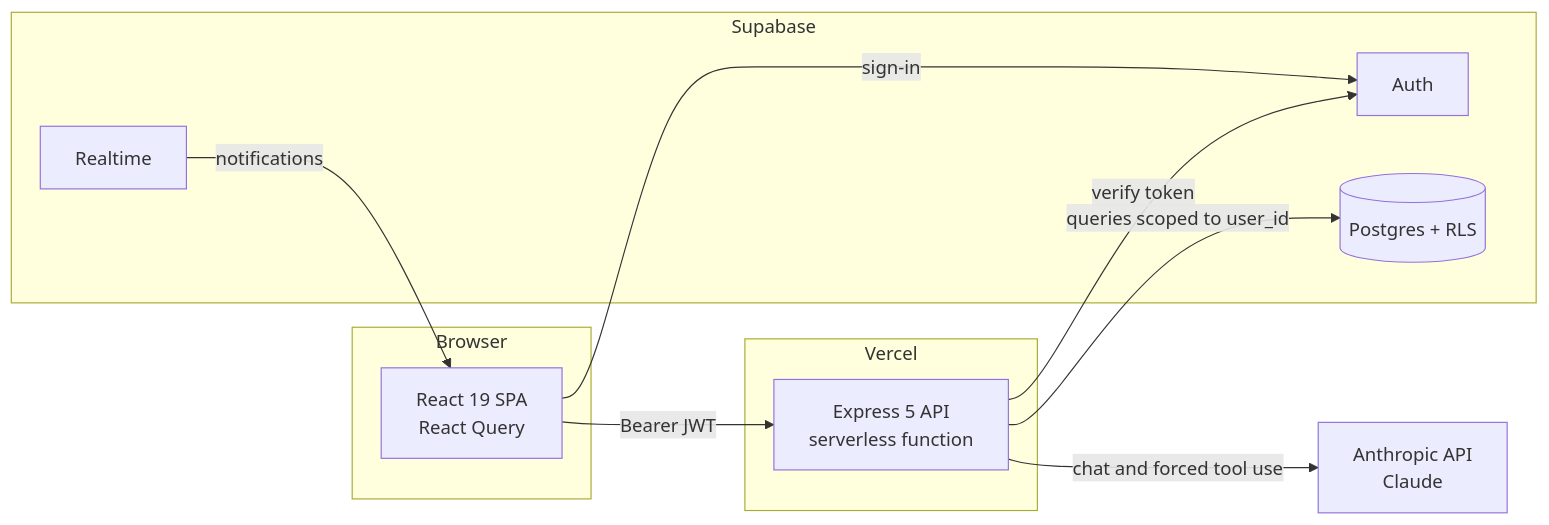
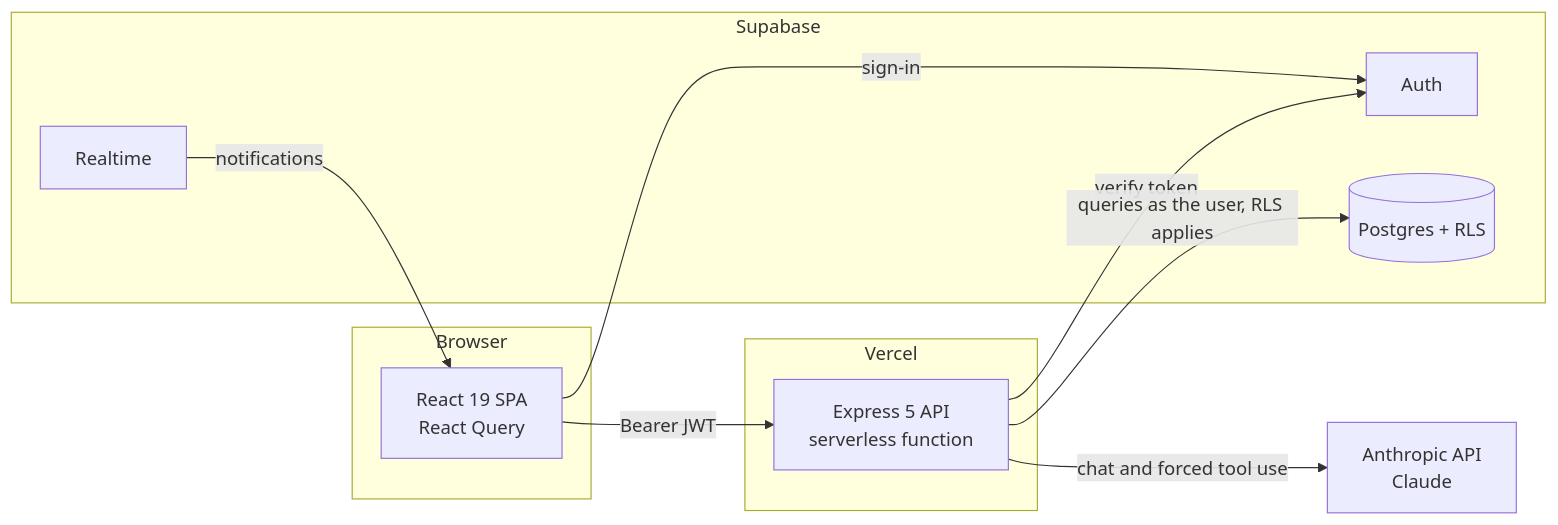
The diagram in README.md (Ohm-Kel/trackit), drawn with Mermaid before and after one commit. The commit also changed other lines of this file and 21 other files, not shown here.

First line of the commit message:
feat(api): query Supabase as the signed-in user so RLS applies

````diff
--- a/README.md
+++ b/README.md
@@ -36,22 +36,22 @@
 ```mermaid
 flowchart LR
     subgraph Browser
         UI[React 19 SPA<br/>React Query]
     end
     subgraph Vercel
         API[Express 5 API<br/>serverless function]
     end
     subgraph Supabase
         AUTH[Auth]
         DB[(Postgres + RLS)]
         RT[Realtime]
     end
     CLAUDE[Anthropic API<br/>Claude]
 
     UI -- Bearer JWT --> API
     UI -- sign-in --> AUTH
     RT -- notifications --> UI
     API -- verify token --> AUTH
-    API -- queries scoped to user_id --> DB
+    API -- queries as the user, RLS applies --> DB
     API -- chat and forced tool use --> CLAUDE
 ```
````
